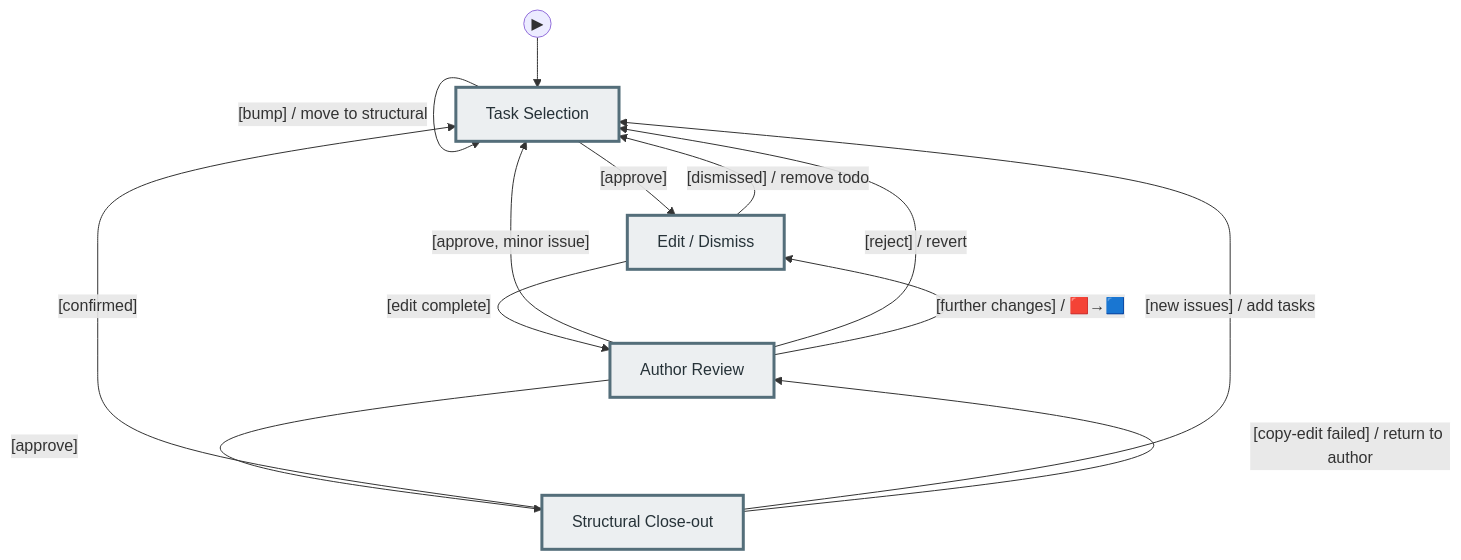
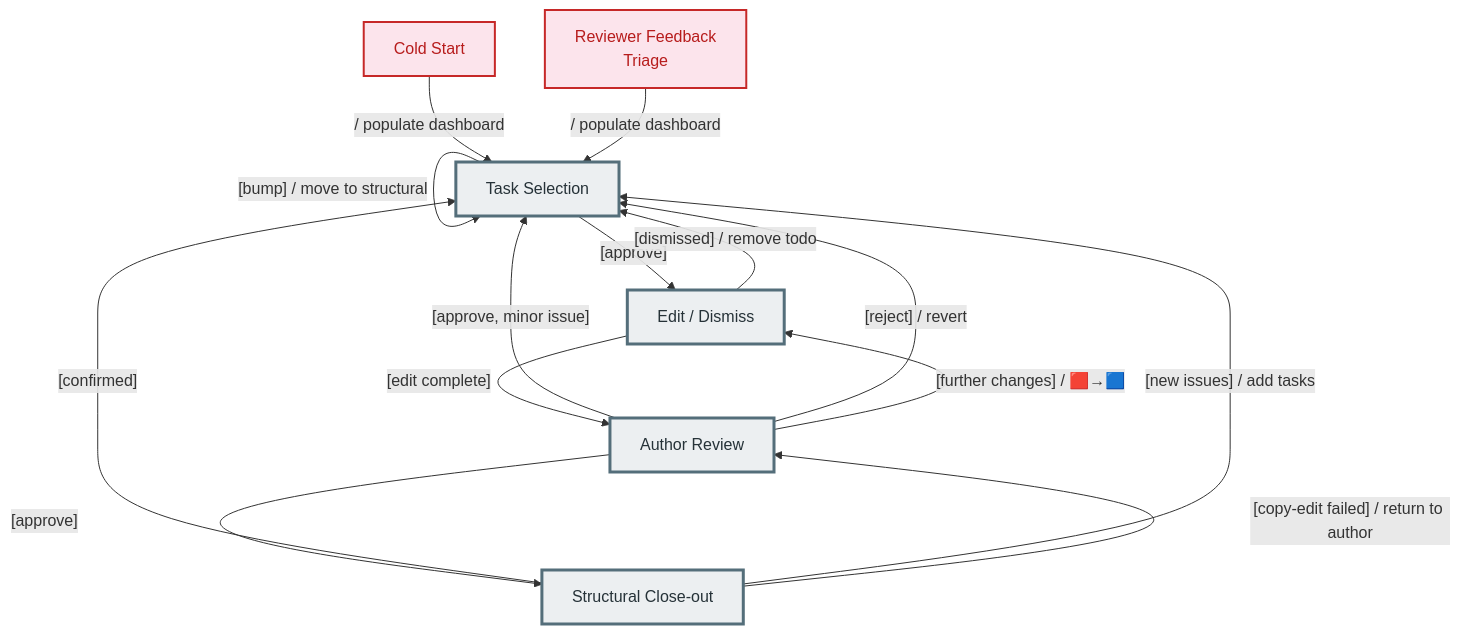
The first of 7 diagrams in paper-authoring/workflow-diagram.md (rolyp/agent-workflows), drawn with Mermaid before and after one commit. The commit also changed other lines of this file and 1 other file, not shown here.

First line of the commit message:
Add entry points: cold start and reviewer feedback triage.

````diff
--- a/paper-authoring/workflow-diagram.md
+++ b/paper-authoring/workflow-diagram.md
@@ -5,27 +5,30 @@
 ```mermaid
 flowchart TD
     classDef author fill:#e8f5e9,stroke:#2e7d32,stroke-width:2px,color:#1b5e20
     classDef assistant fill:#e3f2fd,stroke:#1565c0,stroke-width:2px,color:#0d47a1
     classDef phase fill:#eceff1,stroke:#546e7a,stroke-width:3px,color:#263238
+    classDef entry fill:#fce4ec,stroke:#c62828,stroke-width:2px,color:#b71c1c
 
-    START(("▶"))
+    CS["Cold Start"]:::entry
+    RFT["Reviewer Feedback<br/>Triage"]:::entry
 
     P1["Task Selection"]:::phase
     P2["Edit / Dismiss"]:::phase
     P3["Author Review"]:::phase
     P4["Structural Close-out"]:::phase
 
-    START --> P1
+    CS -- "/ populate dashboard" --> P1
+    RFT -- "/ populate dashboard" --> P1
     P1 -- "[approve]" --> P2
     P1 -- "[reject] / select another" --> P1
     P1 -- "[bump] / move to structural" --> P1
     P2 -- "[edit complete]" --> P3
     P2 -- "[dismissed] / remove todo" --> P1
     P3 -- "[approve]" --> P4
     P3 -- "[approve, minor issue]" --> P1
     P3 -- "[reject] / revert" --> P1
     P3 -- "[further changes] / 🟥→🟦" --> P2
     P4 -- "[confirmed]" --> P1
     P4 -- "[new issues] / add tasks" --> P1
     P4 -- "[copy-edit failed] / return to author" --> P3
 ```
````
